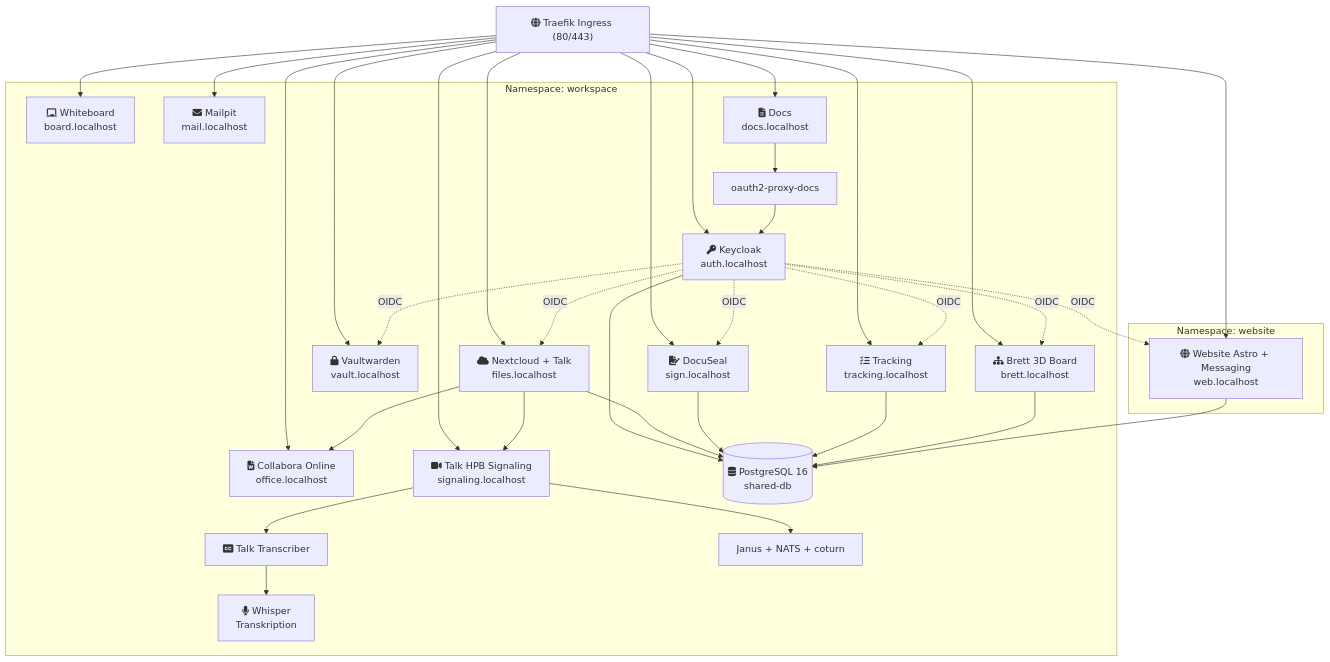
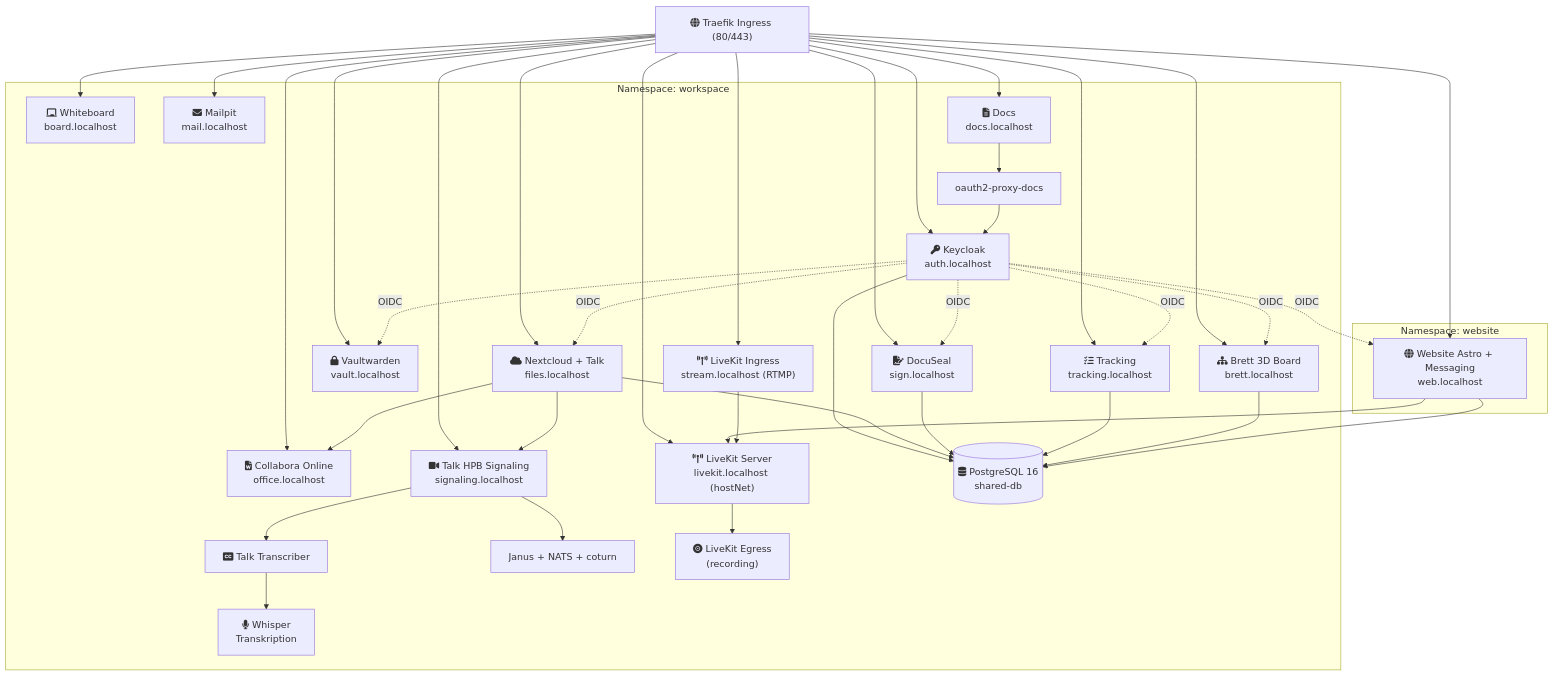
Before and after one commit to Paddione/Bachelorprojekt: the diagram in CLAUDE.md, drawn with Mermaid. The commit also changed other lines of this file and 3 other files, not shown here.

````diff
--- a/CLAUDE.md
+++ b/CLAUDE.md
@@ -193,39 +207,45 @@
 ```mermaid
 graph TB
     Traefik["fa:fa-globe Traefik Ingress (80/443)"]
 
     subgraph workspace ["Namespace: workspace"]
         KC["fa:fa-key Keycloak<br/>auth.localhost"]
         NC["fa:fa-cloud Nextcloud + Talk<br/>files.localhost"]
         CO["fa:fa-file-word Collabora Online<br/>office.localhost"]
         HPB["fa:fa-video Talk HPB Signaling<br/>signaling.localhost"]
         VW["fa:fa-lock Vaultwarden<br/>vault.localhost"]
         WB["fa:fa-chalkboard Whiteboard<br/>board.localhost"]
         BRETT["fa:fa-sitemap Brett 3D Board<br/>brett.localhost"]
         MP["fa:fa-envelope Mailpit<br/>mail.localhost"]
         DOCS["fa:fa-file-lines Docs<br/>docs.localhost"]
         DS["fa:fa-file-signature DocuSeal<br/>sign.localhost"]
         TR["fa:fa-list-check Tracking<br/>tracking.localhost"]
         OAUTH2[oauth2-proxy-docs]
         WHISPER["fa:fa-microphone Whisper<br/>Transkription"]
         TRBOT["fa:fa-closed-captioning Talk Transcriber"]
         JANUS[Janus + NATS + coturn]
+        LK["fa:fa-broadcast-tower LiveKit Server<br/>livekit.localhost (hostNet)"]
+        LKI["fa:fa-tower-broadcast LiveKit Ingress<br/>stream.localhost (RTMP)"]
+        LKE["fa:fa-record-vinyl LiveKit Egress<br/>(recording)"]
         DB[("fa:fa-database PostgreSQL 16<br/>shared-db")]
     end
 
     subgraph website-ns ["Namespace: website"]
         WEB["fa:fa-globe Website Astro + Messaging<br/>web.localhost"]
     end
 
-    Traefik --> KC & NC & CO & HPB & VW & WB & BRETT & MP & DOCS & DS & TR & WEB
+    Traefik --> KC & NC & CO & HPB & VW & WB & BRETT & MP & DOCS & DS & TR & WEB & LK & LKI
 
     KC -. OIDC .-> NC & VW & WEB & DS & TR & BRETT
     OAUTH2 --> KC
     DOCS --> OAUTH2
     NC --> CO
     NC --> HPB --> JANUS
     HPB --> TRBOT --> WHISPER
+    WEB --> LK
+    LKI --> LK
+    LK --> LKE
     KC & NC & DS & TR --> DB
     BRETT --> DB
     WEB --> DB
 ```
````
